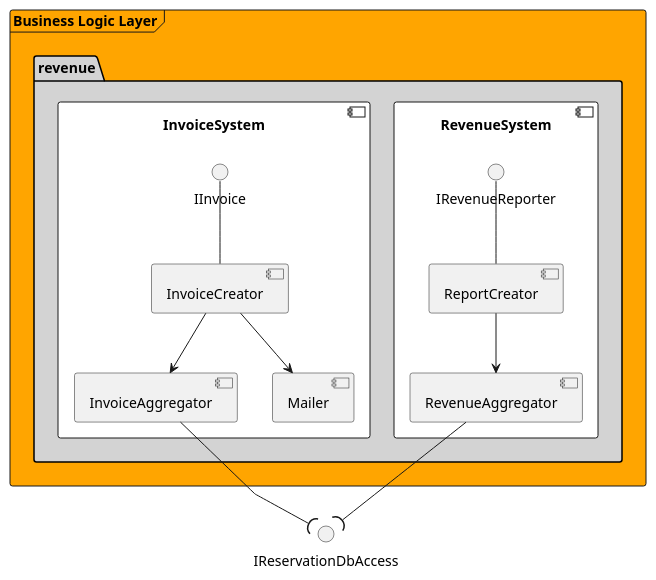
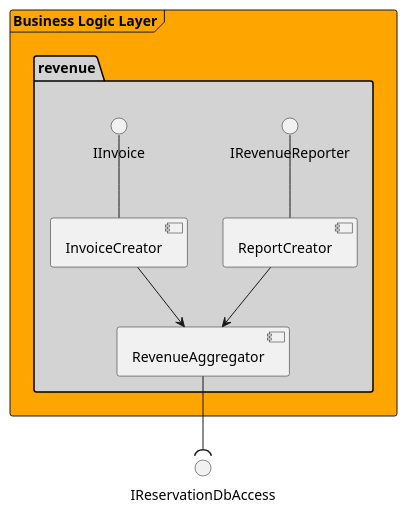
Before and after one commit to BBKbeam/mtRooms: the diagram in docs/uml/architecture/revenue.puml, drawn with PlantUML. The commit also changed 11 other files, not shown here.

Commit message:
[uml] Simplified the Revenue component to use one aggregator for the invoice and revenue reports; [revenue] Added more comprehensive SQL queries to aggregator and removed redundant methods + completed unit tests for aggregator;

```diff
--- a/docs/uml/architecture/revenue.puml
+++ b/docs/uml/architecture/revenue.puml
@@ -1,34 +1,25 @@
 @startuml
 
 'skinparam linetype ortho
 skinparam linetype polyline
 'skinparam monochrome true
 
 skinparam package {
     backgroundColor lightgrey
 }
 
 frame "Business Logic Layer" #orange {
     package "revenue" {
-        component RevenueSystem #white {
             IRevenueReporter -- [ReportCreator]
+            IInvoice -- [InvoiceCreator]
             [RevenueAggregator]
 
             ReportCreator --> RevenueAggregator
-        }
+            InvoiceCreator --> RevenueAggregator
 
-        component InvoiceSystem #white {
-            IInvoice -- [InvoiceCreator]
-            [InvoiceAggregator]
-            [Mailer]
-
-            InvoiceCreator --> InvoiceAggregator
-            InvoiceCreator --> Mailer
-        }
     }
 }
 
-InvoiceAggregator --( IReservationDbAccess
 RevenueAggregator --( IReservationDbAccess
 
 @enduml
```
